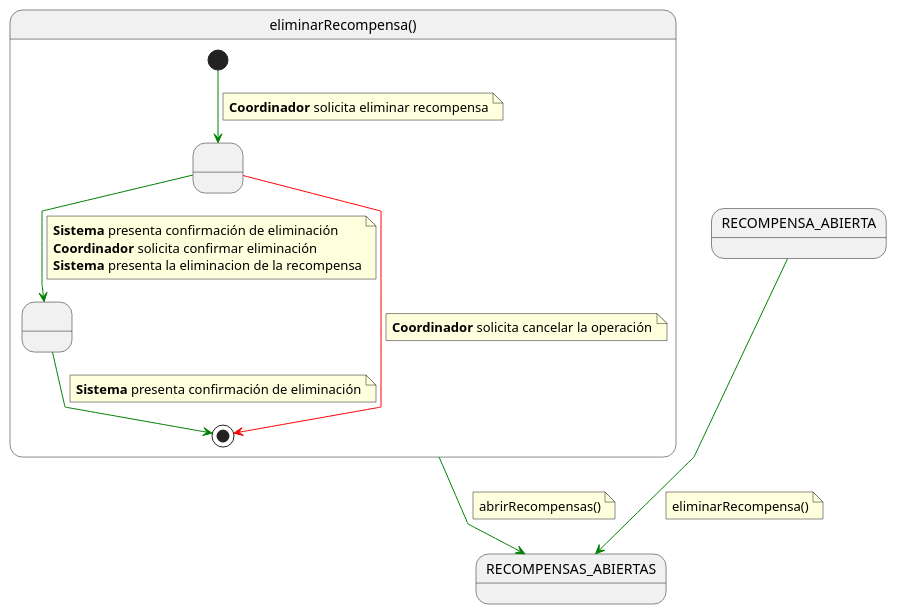
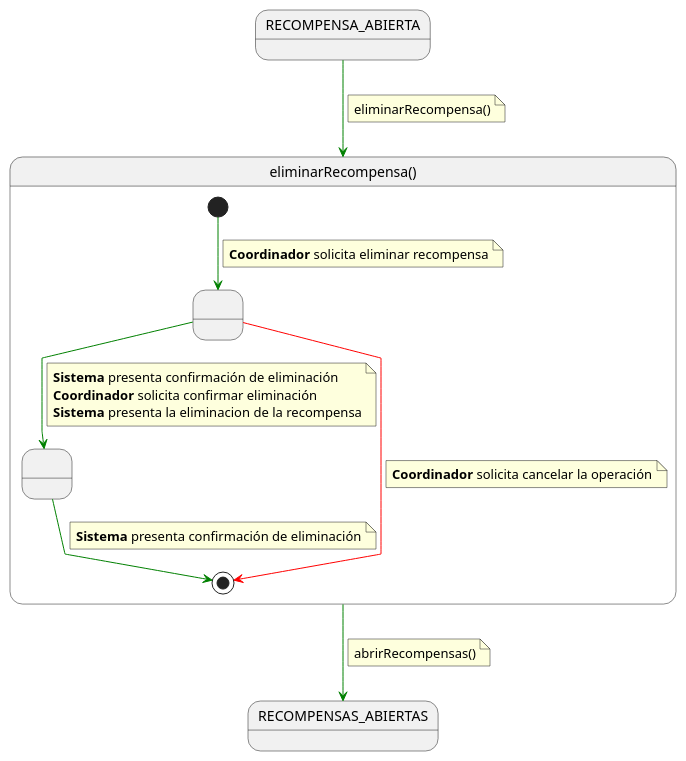
One commit to 31Diego/25-26-IdSw1-SdR changed the diagram in documentación/CasosDeUso/Detalle/Coordinador/09-recompensas/eliminarRecompensa.puml. Above: the diagram before and after it, drawn with PlantUML. The commit also changed 18 other files, not shown here.

```diff
--- a/documentación/CasosDeUso/Detalle/Coordinador/09-recompensas/eliminarRecompensa.puml
+++ b/documentación/CasosDeUso/Detalle/Coordinador/09-recompensas/eliminarRecompensa.puml
@@ -1,44 +1,49 @@
 @startuml eliminarRecompensa
 
 skinparam linetype polyline
+
+state in1 as "RECOMPENSA_ABIERTA"
+in1 -[#green]-> eliminarRecompensa
+note on link
+eliminarRecompensa()
+end note
 
 state eliminarRecompensa as "eliminarRecompensa()" {
 
     state " " as ConfirmandoEliminacion
     state " " as RecompensaEliminada
 
     [*] -[#green]-> ConfirmandoEliminacion
     note on link
     <b>Coordinador</b> solicita eliminar recompensa
     end note
 
     ConfirmandoEliminacion -[#green]-> RecompensaEliminada
     note on link
     <b>Sistema</b> presenta confirmación de eliminación
     <b>Coordinador</b> solicita confirmar eliminación
     <b>Sistema</b> presenta la eliminacion de la recompensa
     end note
 
     ConfirmandoEliminacion -[#red]-> [*]
     note on link
     <b>Coordinador</b> solicita cancelar la operación
     end note
 
     RecompensaEliminada -[#green]-> [*]
     note on link
     <b>Sistema</b> presenta confirmación de eliminación
     end note
 }
 
 
-RECOMPENSA_ABIERTA -[#green]-> RECOMPENSAS_ABIERTAS
-note on link
-eliminarRecompensa()
-end note
-
 eliminarRecompensa -[#green]-> RECOMPENSAS_ABIERTAS
 note on link
 abrirRecompensas()
 end note
 
+
+
+
+
 @enduml
```
